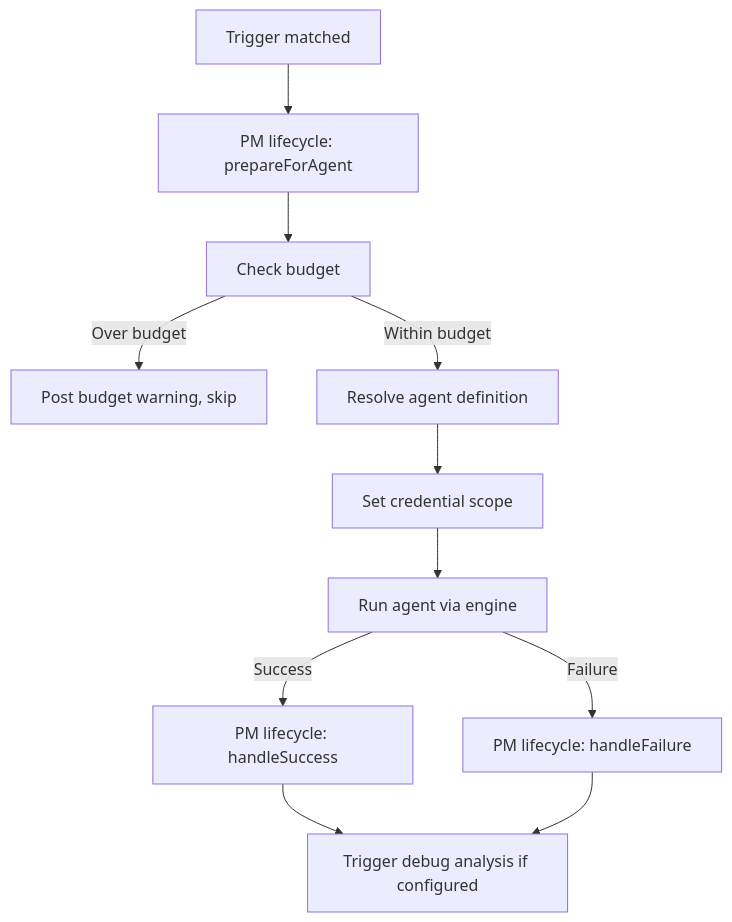
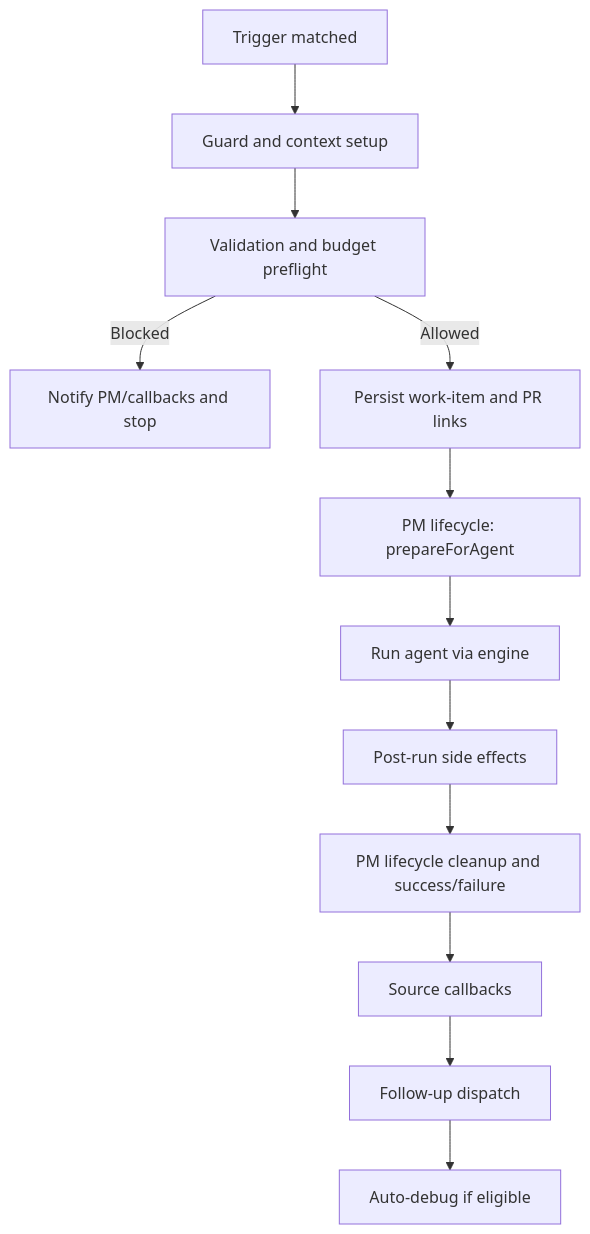
Before and after one commit to appsome/cascade: the diagram in docs/architecture/03-trigger-system.md, drawn with Mermaid. The commit also changed other lines of this file and 4 other files, not shown here.

````diff
--- a/docs/architecture/03-trigger-system.md
+++ b/docs/architecture/03-trigger-system.md
@@ -178,13 +178,14 @@
 ```mermaid
 flowchart TD
-    A[Trigger matched] --> B[PM lifecycle: prepareForAgent]
-    B --> C[Check budget]
-    C -->|Over budget| D[Post budget warning, skip]
-    C -->|Within budget| E[Resolve agent definition]
-    E --> F[Set credential scope]
+    A[Trigger matched] --> B[Guard and context setup]
+    B --> C[Validation and budget preflight]
+    C -->|Blocked| D[Notify PM/callbacks and stop]
+    C -->|Allowed| E[Persist work-item and PR links]
+    E --> F[PM lifecycle: prepareForAgent]
     F --> G[Run agent via engine]
-    G -->|Success| H[PM lifecycle: handleSuccess]
-    G -->|Failure| I[PM lifecycle: handleFailure]
-    H --> J[Trigger debug analysis if configured]
-    I --> J
+    G --> H[Post-run side effects]
+    H --> I[PM lifecycle cleanup and success/failure]
+    I --> J[Source callbacks]
+    J --> K[Follow-up dispatch]
+    K --> L[Auto-debug if eligible]
 ```
````
